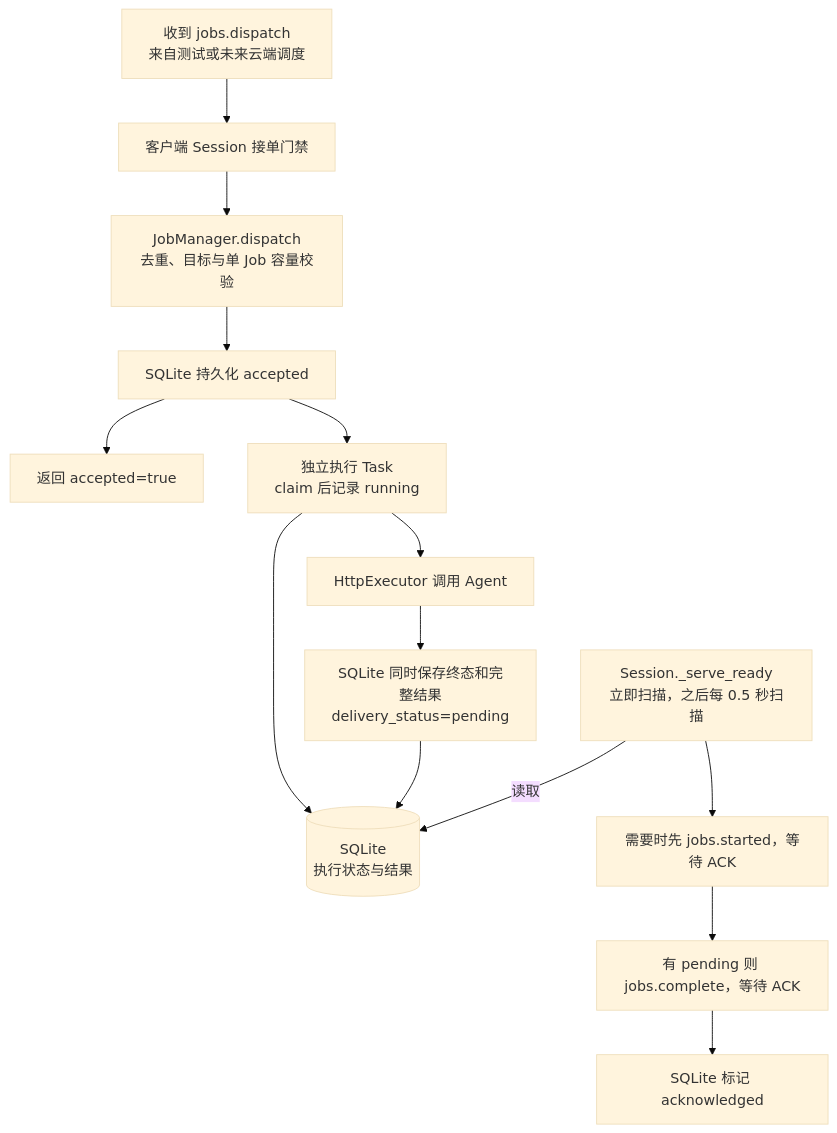
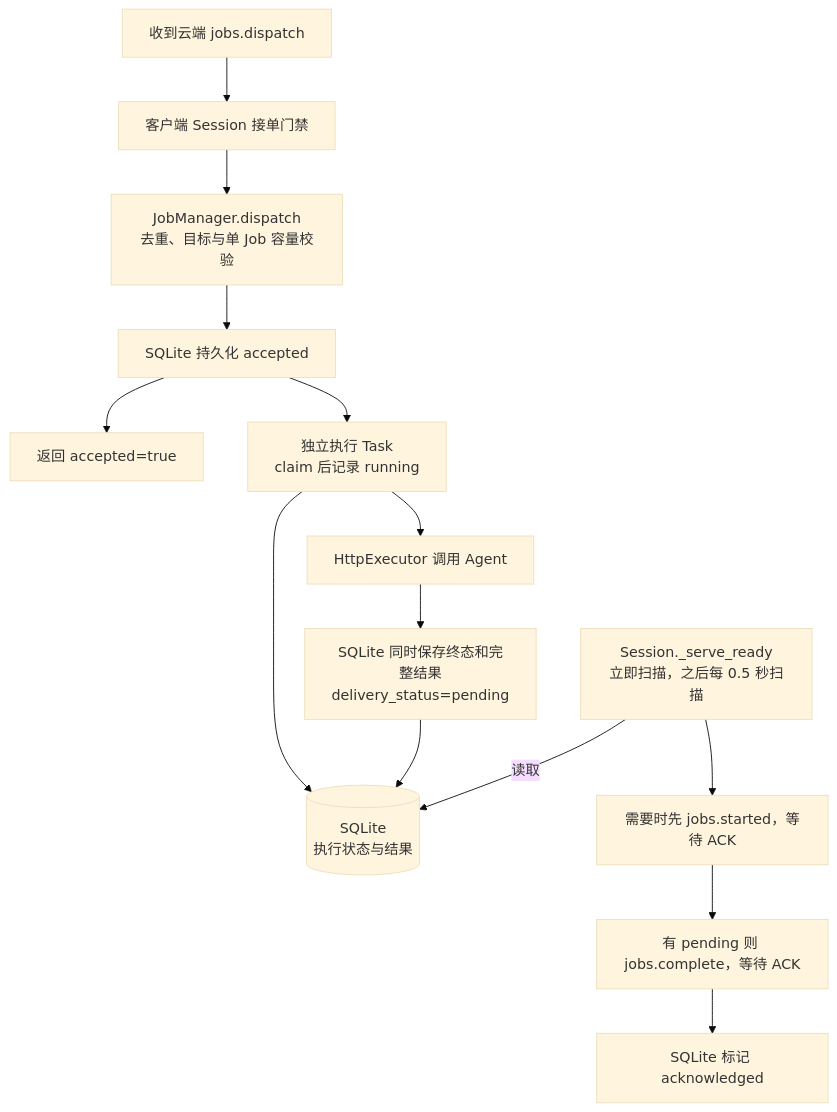
Before and after one commit to qinghuan136/EvalForge: the eighth of 10 diagrams in docs/当前项目架构图解.md, drawn with Mermaid (base theme). The commit also changed other lines of this file and 17 other files, not shown here.

````diff
--- a/docs/当前项目架构图解.md
+++ b/docs/当前项目架构图解.md
@@ -228,17 +228,17 @@
 ```mermaid
 flowchart TB
-    Dispatch["收到 jobs.dispatch<br/>来自测试或未来云端调度"] --> Gate["客户端 Session 接单门禁"]
+    Dispatch["收到云端 jobs.dispatch"] --> Gate["客户端 Session 接单门禁"]
     Gate --> JM["JobManager.dispatch<br/>去重、目标与单 Job 容量校验"]
     JM --> Accept["SQLite 持久化 accepted"]
     Accept --> Ack["返回 accepted=true"]
     Accept --> Execute["独立执行 Task<br/>claim 后记录 running"]
     Execute --> HTTP["HttpExecutor 调用 Agent"]
     HTTP --> Finish["SQLite 同时保存终态和完整结果<br/>delivery_status=pending"]
     Running[("SQLite<br/>执行状态与结果")]
     Execute --> Running
     Finish --> Running
     Scan["Session._serve_ready<br/>立即扫描，之后每 0.5 秒扫描"] -->|"读取"| Running
     Scan --> Started["需要时先 jobs.started，等待 ACK"]
     Started --> Complete["有 pending 则 jobs.complete，等待 ACK"]
     Complete --> Confirm["SQLite 标记 acknowledged"]
 ```
````
